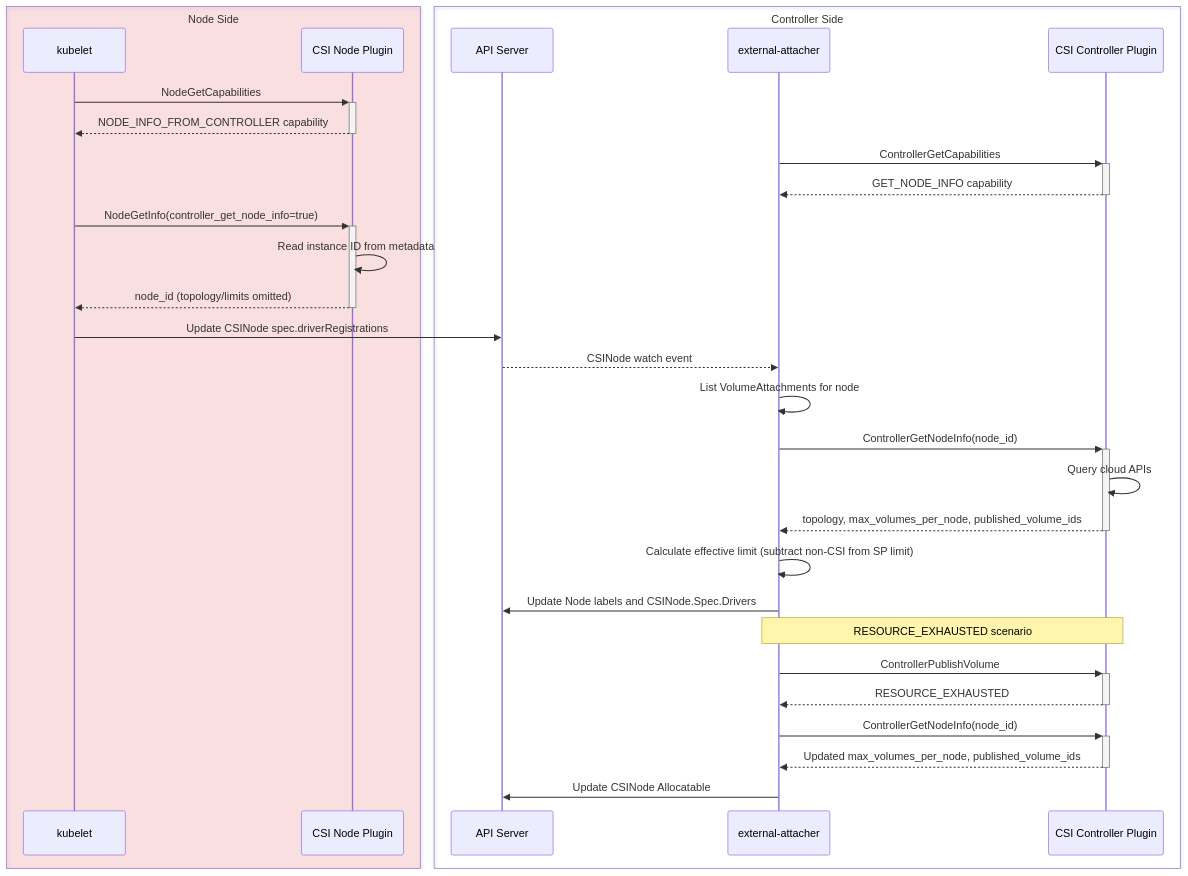
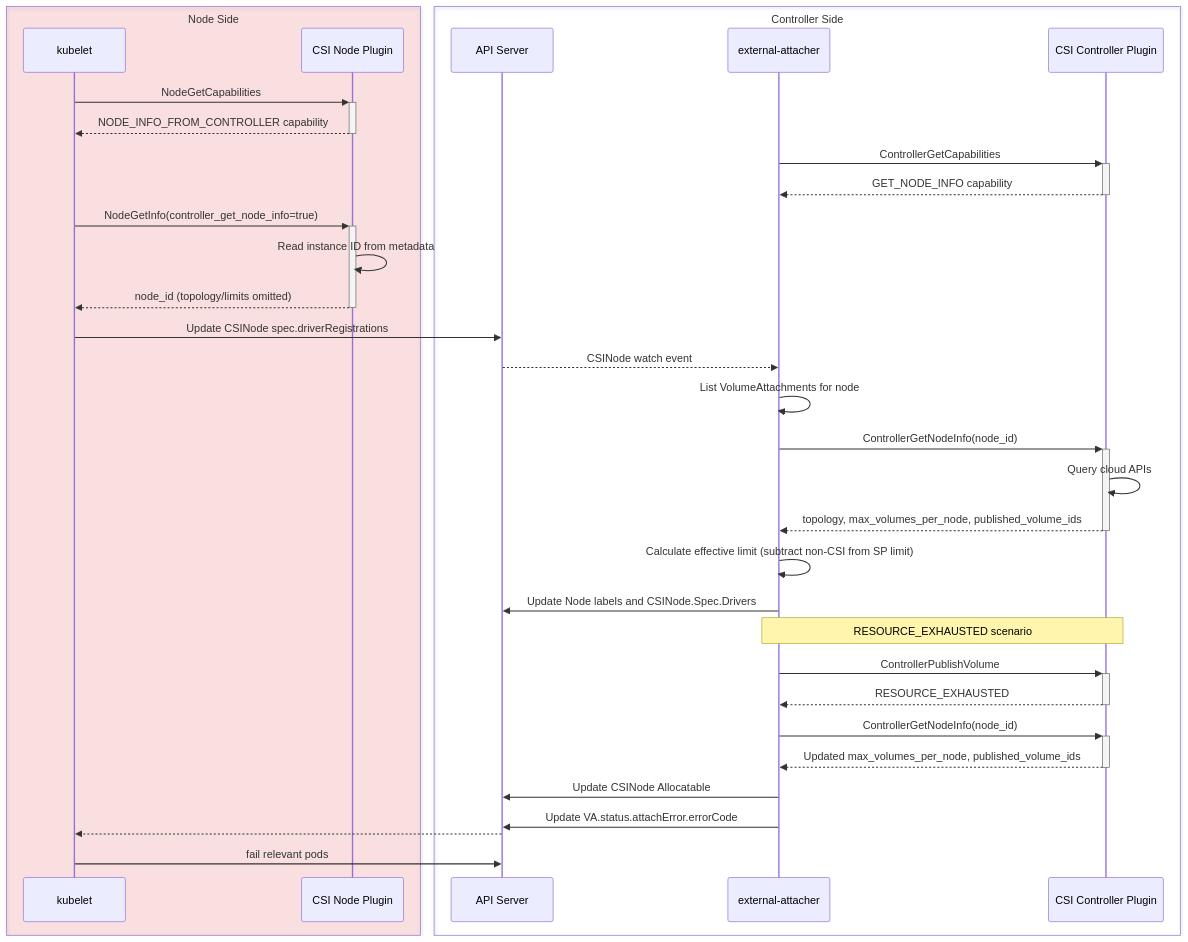
Before and after one commit to kubernetes/enhancements: the diagram in keps/sig-storage/6011-controller-get-node-info/README.md, drawn with Mermaid. The commit also changed other lines of this file, not shown here.

````diff
--- a/keps/sig-storage/6011-controller-get-node-info/README.md
+++ b/keps/sig-storage/6011-controller-get-node-info/README.md
@@ -379,39 +384,42 @@
 ```mermaid
 sequenceDiagram
     box rgba(255,0,0,0.1) Node Side
         participant kubelet
         participant csi-node as CSI Node Plugin
     end
     box Controller Side
         participant apiserver as API Server
         participant attacher as external-attacher
         participant csi-ctrl as CSI Controller Plugin
     end
 
     kubelet->>+csi-node: NodeGetCapabilities
     csi-node-->>-kubelet: NODE_INFO_FROM_CONTROLLER capability
 
     attacher->>+csi-ctrl: ControllerGetCapabilities
     csi-ctrl-->>-attacher: GET_NODE_INFO capability
 
     kubelet->>+csi-node: NodeGetInfo(controller_get_node_info=true)
     csi-node->>csi-node: Read instance ID from metadata
     csi-node-->>-kubelet: node_id (topology/limits omitted)
 
     kubelet->>apiserver: Update CSINode spec.driverRegistrations
     apiserver-->>attacher: CSINode watch event
 
     attacher->>attacher: List VolumeAttachments for node
     attacher->>+csi-ctrl: ControllerGetNodeInfo(node_id)
     csi-ctrl->>csi-ctrl: Query cloud APIs
     csi-ctrl-->>-attacher: topology, max_volumes_per_node, published_volume_ids
     attacher->>attacher: Calculate effective limit (subtract non-CSI from SP limit)
     attacher->>apiserver: Update Node labels and CSINode.Spec.Drivers
 
     Note over attacher,csi-ctrl: RESOURCE_EXHAUSTED scenario
     attacher->>+csi-ctrl: ControllerPublishVolume
     csi-ctrl-->>-attacher: RESOURCE_EXHAUSTED
     attacher->>+csi-ctrl: ControllerGetNodeInfo(node_id)
     csi-ctrl-->>-attacher: Updated max_volumes_per_node, published_volume_ids
     attacher->>apiserver: Update CSINode Allocatable
+    attacher->>apiserver: Update VA.status.attachError.errorCode
+    apiserver-->>kubelet:
+    kubelet->>apiserver: fail relevant pods
 ```
````
